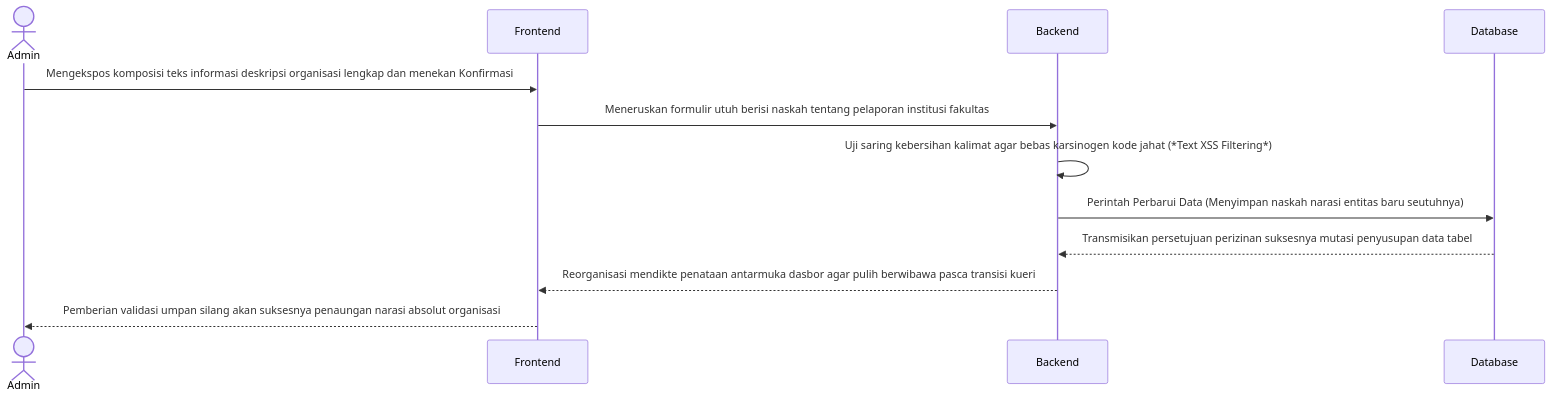
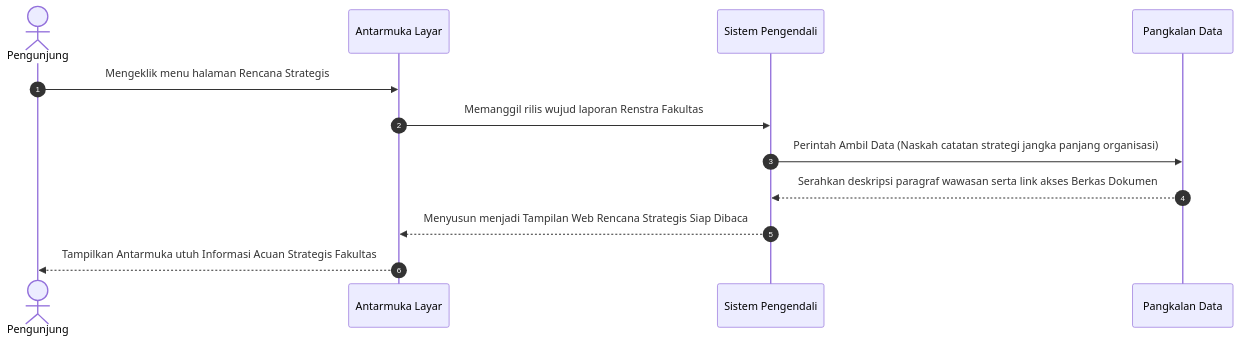
One commit to arbain-dev/Web_fikom changed diagram 15 of 39 in docs/02_DIAGRAM_URUTAN_SEQUENCE.md. Above: the diagram before and after it, drawn with Mermaid. The commit also changed other lines of this file and 4 other files, not shown here.

````diff
--- a/docs/02_DIAGRAM_URUTAN_SEQUENCE.md
+++ b/docs/02_DIAGRAM_URUTAN_SEQUENCE.md
@@ -75,15 +359,17 @@
 ```mermaid
 sequenceDiagram
-    actor Admin
-    participant Frontend as Frontend
-    participant Backend as Backend
-    participant Database as Database
+    autonumber
+    actor User as Pengunjung
+    participant Frontend as Antarmuka Layar
+    participant Backend as Sistem Pengendali
+    participant Database as Pangkalan Data
+
+    User->>Frontend: Mengeklik menu halaman Rencana Strategis
+    Frontend->>Backend: Memanggil rilis wujud laporan Renstra Fakultas
     
-    Admin->>Frontend: Mengekspos komposisi teks informasi deskripsi organisasi lengkap dan menekan Konfirmasi
-    Frontend->>Backend: Meneruskan formulir utuh berisi naskah tentang pelaporan institusi fakultas
-    Backend->>Backend: Uji saring kebersihan kalimat agar bebas karsinogen kode jahat (*Text XSS Filtering*)
-    Backend->>Database: Perintah Perbarui Data (Menyimpan naskah narasi entitas baru seutuhnya)
-    Database-->>Backend: Transmisikan persetujuan perizinan suksesnya mutasi penyusupan data tabel
-    Backend-->>Frontend: Reorganisasi mendikte penataan antarmuka dasbor agar pulih berwibawa pasca transisi kueri
-    Frontend-->>Admin: Pemberian validasi umpan silang akan suksesnya penaungan narasi absolut organisasi 
+    Backend->>Database: Perintah Ambil Data (Naskah catatan strategi jangka panjang organisasi)
+    Database-->>Backend: Serahkan deskripsi paragraf wawasan serta link akses Berkas Dokumen 
+    
+    Backend-->>Frontend: Menyusun menjadi Tampilan Web Rencana Strategis Siap Dibaca
+    Frontend-->>User: Tampilkan Antarmuka utuh Informasi Acuan Strategis Fakultas
 ```
````
